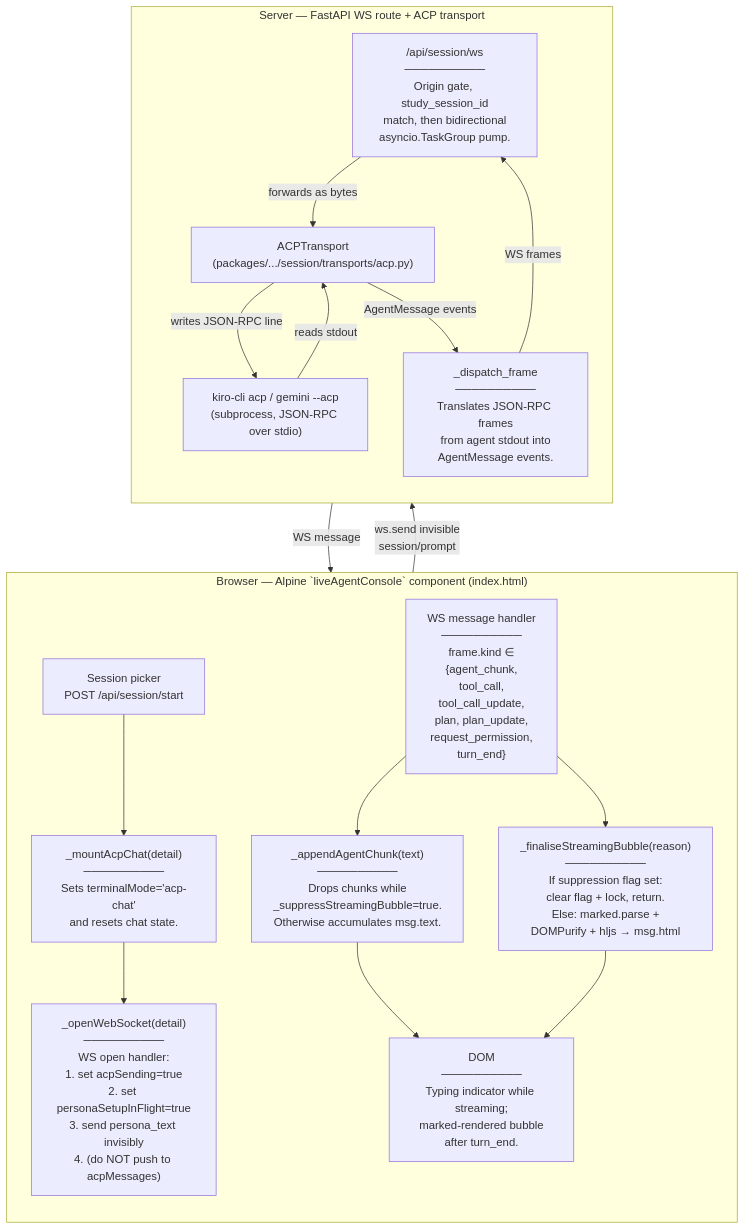
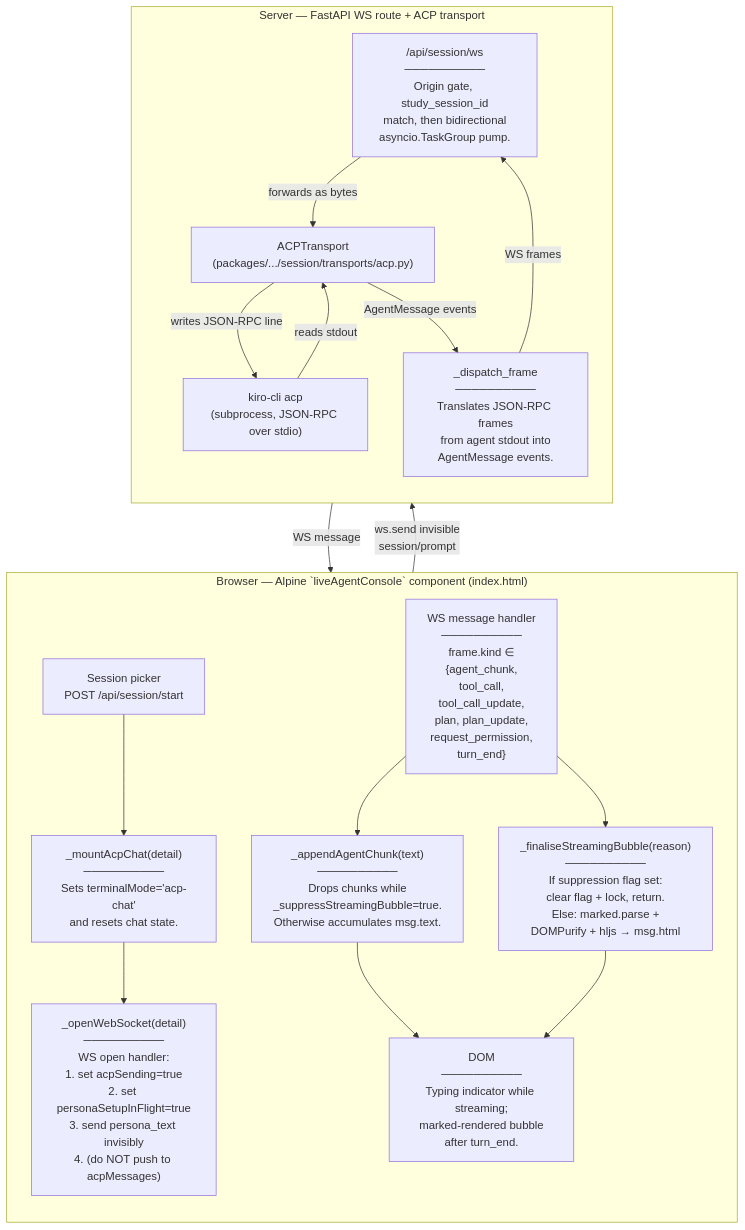
Before and after one commit to NetDevAutomate/StudyLoop: the fifth of 13 diagrams in docs/architecture/current.md, drawn with Mermaid. The commit also changed other lines of this file and 3 other files, not shown here.

First line of the commit message:
fix(R-65): remove Gemini as a mentor from the architecture docs

````diff
--- a/docs/architecture/current.md
+++ b/docs/architecture/current.md
@@ -309,34 +310,34 @@
 ```mermaid
 flowchart TB
     subgraph "Browser — Alpine `liveAgentConsole` component (index.html)"
       direction TB
       Picker["Session picker<br/>POST /api/session/start"]
       Mount["_mountAcpChat(detail)<br/>──────────<br/>Sets terminalMode='acp-chat'<br/>and resets chat state."]
       OpenWS["_openWebSocket(detail)<br/>──────────<br/>WS open handler:<br/>1. set acpSending=true<br/>2. set personaSetupInFlight=true<br/>3. send persona_text invisibly<br/>4. (do NOT push to acpMessages)"]
       Dispatch["WS message handler<br/>──────────<br/>frame.kind ∈<br/>{agent_chunk,<br/>tool_call,<br/>tool_call_update,<br/>plan, plan_update,<br/>request_permission,<br/>turn_end}"]
       Append["_appendAgentChunk(text)<br/>──────────<br/>Drops chunks while<br/>_suppressStreamingBubble=true.<br/>Otherwise accumulates msg.text."]
       Finalise["_finaliseStreamingBubble(reason)<br/>──────────<br/>If suppression flag set:<br/>clear flag + lock, return.<br/>Else: marked.parse +<br/>DOMPurify + hljs → msg.html"]
       Render["DOM<br/>──────────<br/>Typing indicator while streaming;<br/>marked-rendered bubble<br/>after turn_end."]
     end
 
     subgraph "Server — FastAPI WS route + ACP transport"
       direction TB
       Route["/api/session/ws<br/>──────────<br/>Origin gate, study_session_id<br/>match, then bidirectional<br/>asyncio.TaskGroup pump."]
       Transport["ACPTransport<br/>(packages/.../session/transports/acp.py)"]
       DispatchFrame["_dispatch_frame<br/>──────────<br/>Translates JSON-RPC frames<br/>from agent stdout into<br/>AgentMessage events."]
-      AgentProc["kiro-cli acp / gemini --acp<br/>(subprocess, JSON-RPC over stdio)"]
+      AgentProc["kiro-cli acp<br/>(subprocess, JSON-RPC over stdio)"]
     end
 
     Picker --> Mount --> OpenWS
     OpenWS -->|"ws.send invisible<br/>session/prompt"| Route
     Route -->|"forwards as bytes"| Transport
     Transport -->|"writes JSON-RPC line"| AgentProc
     AgentProc -->|"reads stdout"| Transport
     Transport -->|"AgentMessage events"| DispatchFrame
     DispatchFrame -->|"WS frames"| Route
     Route -->|"WS message"| Dispatch
     Dispatch --> Append
     Dispatch --> Finalise
     Append --> Render
     Finalise --> Render
 ```
````
